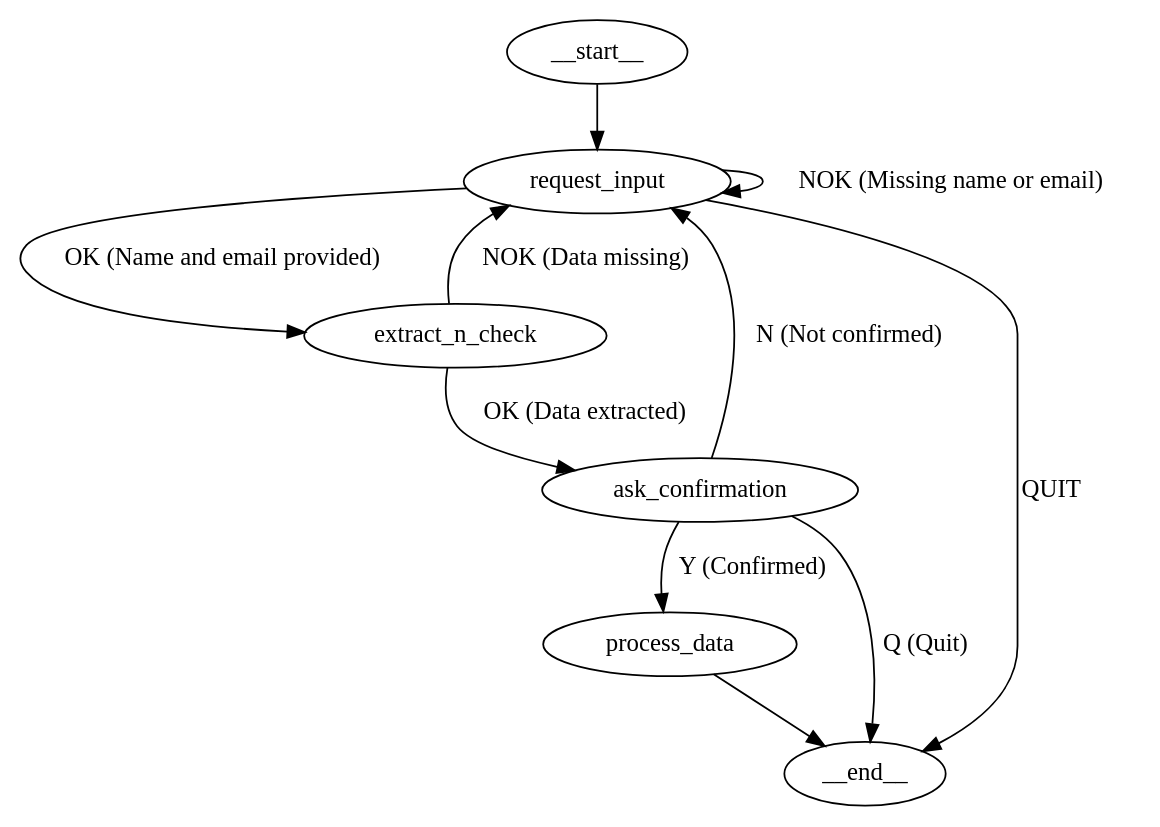
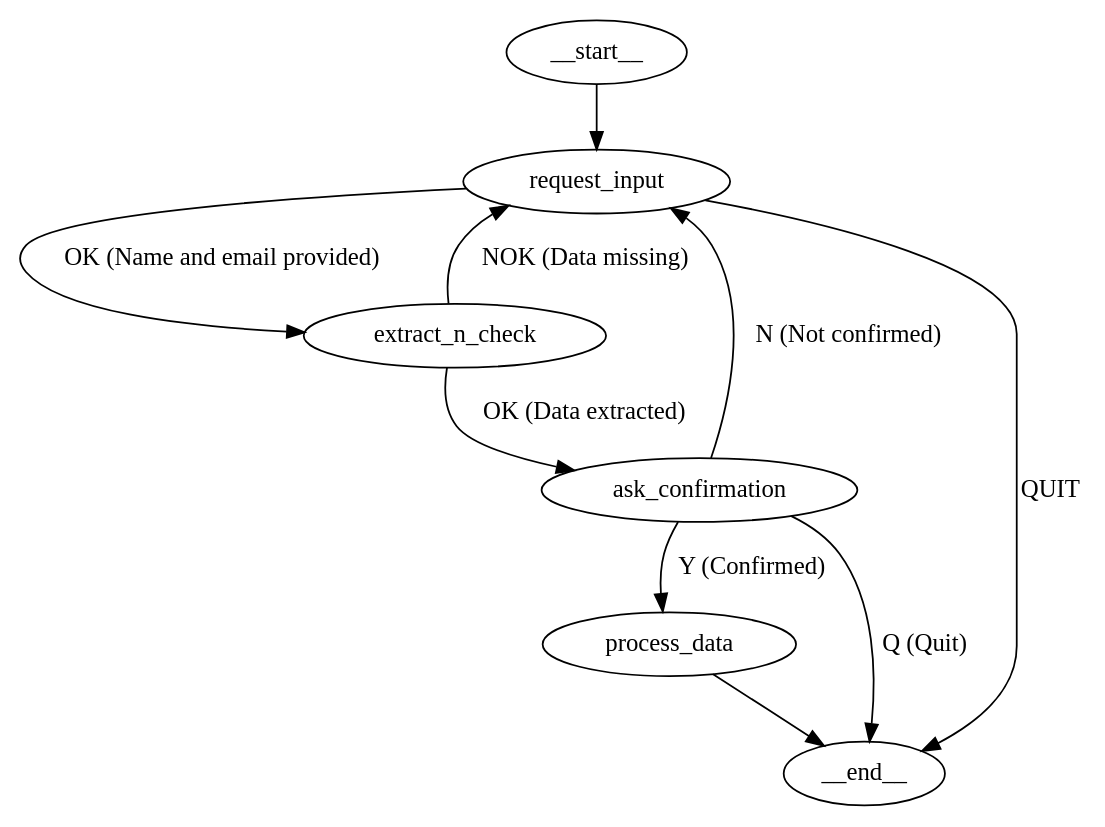
One commit to petarkabashki/workflow-automator changed the diagram in workflow.dot. Above: the diagram before and after it, drawn with Graphviz. The commit also changed 5 other files, not shown here.

```diff
--- a/workflow.dot
+++ b/workflow.dot
@@ -1,14 +1,13 @@
 strict digraph {
     __start__[data="{m: 1, n: 2}"]
     __start__ -> request_input;
     request_input -> extract_n_check[label="OK (Name and email provided)", data="{m: 1, n: 2}"];
-    request_input -> request_input[label="NOK (Missing name or email)"];
     request_input -> __end__[label="QUIT"];
 
     extract_n_check -> request_input[label="NOK (Data missing)"];
     extract_n_check -> ask_confirmation[label="OK (Data extracted)"];
     ask_confirmation -> process_data[label="Y (Confirmed)"];
     ask_confirmation -> request_input[label="N (Not confirmed)"];
     ask_confirmation -> __end__[label="Q (Quit)"];
     process_data -> __end__;
 }
```
